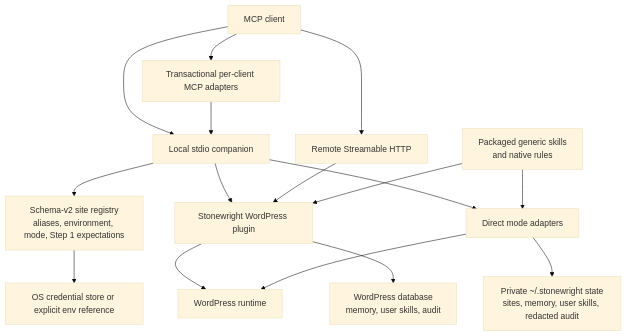
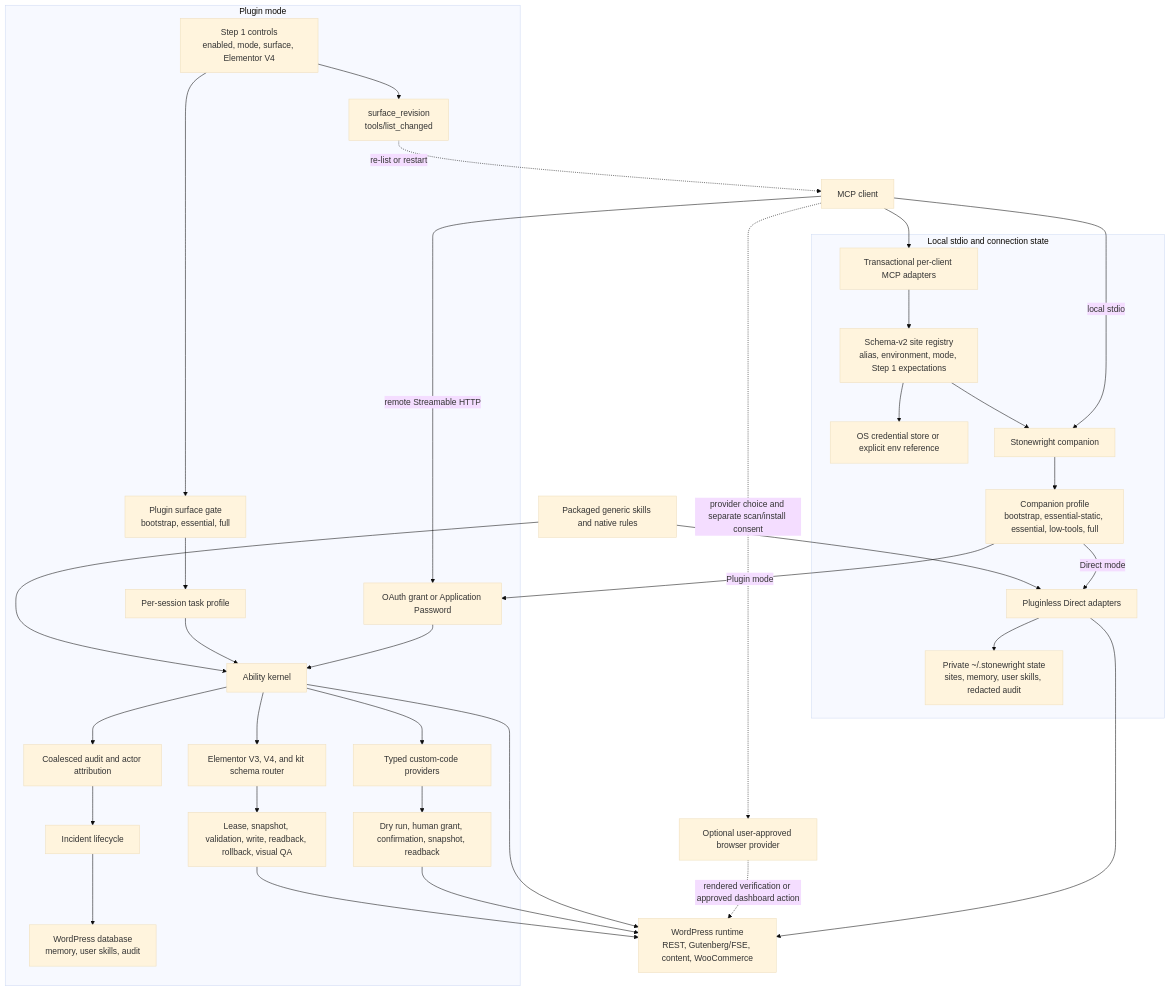
One commit to cosmincraciun97/stonewright-wp-mcp changed the diagram in docs/architecture.md. Above: the diagram before and after it, drawn with Mermaid (base theme). The commit also changed other lines of this file and 17 other files, not shown here.

````diff
--- a/docs/architecture.md
+++ b/docs/architecture.md
@@ -16,31 +16,55 @@
 ```mermaid
 flowchart TD
     Client["MCP client"]
-    Companion["Local stdio companion"]
-    Http["Remote Streamable HTTP"]
-    Plugin["Stonewright WordPress plugin"]
-    Direct["Direct mode adapters"]
-    WordPress["WordPress runtime"]
-    PluginState["WordPress database<br/>memory, user skills, audit"]
-    DirectState["Private ~/.stonewright state<br/>sites, memory, user skills, redacted audit"]
-    Registry["Schema-v2 site registry<br/>aliases, environment, mode, Step 1 expectations"]
-    Credentials["OS credential store or explicit env reference"]
-    ClientConfig["Transactional per-client MCP adapters"]
-    Builtins["Packaged generic skills<br/>and native rules"]
+    Browser["Optional user-approved browser provider"]
 
-    Client --> Companion
+    subgraph Local["Local stdio and connection state"]
+        ClientConfig["Transactional per-client MCP adapters"]
+        Registry["Schema-v2 site registry<br/>alias, environment, mode, Step 1 expectations"]
+        Credentials["OS credential store or explicit env reference"]
+        Companion["Stonewright companion"]
+        CompanionProfile["Companion profile<br/>bootstrap, essential-static, essential, low-tools, full"]
+        Direct["Pluginless Direct adapters"]
+        DirectState["Private ~/.stonewright state<br/>sites, memory, user skills, redacted audit"]
+    end
+
+    subgraph PluginMode["Plugin mode"]
+        Auth["OAuth grant or Application Password"]
+        Step1["Step 1 controls<br/>enabled, mode, surface, Elementor V4"]
+        Surface["Plugin surface gate<br/>bootstrap, essential, full"]
+        Session["Per-session task profile"]
+        Revision["surface_revision<br/>tools/list_changed"]
+        Plugin["Ability kernel"]
+        Code["Typed custom-code providers"]
+        Approval["Dry run, human grant, confirmation, snapshot, readback"]
+        Elementor["Elementor V3, V4, and kit schema router"]
+        Closure["Lease, snapshot, validation, write, readback, rollback, visual QA"]
+        Audit["Coalesced audit and actor attribution"]
+        Incidents["Incident lifecycle"]
+        PluginState["WordPress database<br/>memory, user skills, audit"]
+    end
+
+    WordPress["WordPress runtime<br/>REST, Gutenberg/FSE, content, WooCommerce"]
+    Builtins["Packaged generic skills and native rules"]
+
+    Client -->|"local stdio"| Companion
+    Client -->|"remote Streamable HTTP"| Auth
     Client --> ClientConfig
-    ClientConfig --> Companion
-    Companion --> Registry
-    Registry --> Credentials
-    Client --> Http
-    Companion --> Plugin
-    Companion --> Direct
-    Http --> Plugin
+    ClientConfig --> Registry --> Credentials
+    Registry --> Companion --> CompanionProfile
+    CompanionProfile -->|"Plugin mode"| Auth
+    CompanionProfile -->|"Direct mode"| Direct
+    Direct --> WordPress
+    Direct --> DirectState
+    Auth --> Plugin
+    Step1 --> Surface --> Session --> Plugin
+    Step1 --> Revision -. "re-list or restart" .-> Client
     Plugin --> WordPress
-    Direct --> WordPress
-    Plugin --> PluginState
-    Direct --> DirectState
+    Plugin --> Code --> Approval --> WordPress
+    Plugin --> Elementor --> Closure --> WordPress
+    Plugin --> Audit --> Incidents --> PluginState
     Builtins --> Plugin
     Builtins --> Direct
+    Client -. "provider choice and separate scan/install consent" .-> Browser
+    Browser -. "rendered verification or approved dashboard action" .-> WordPress
 ```
````
